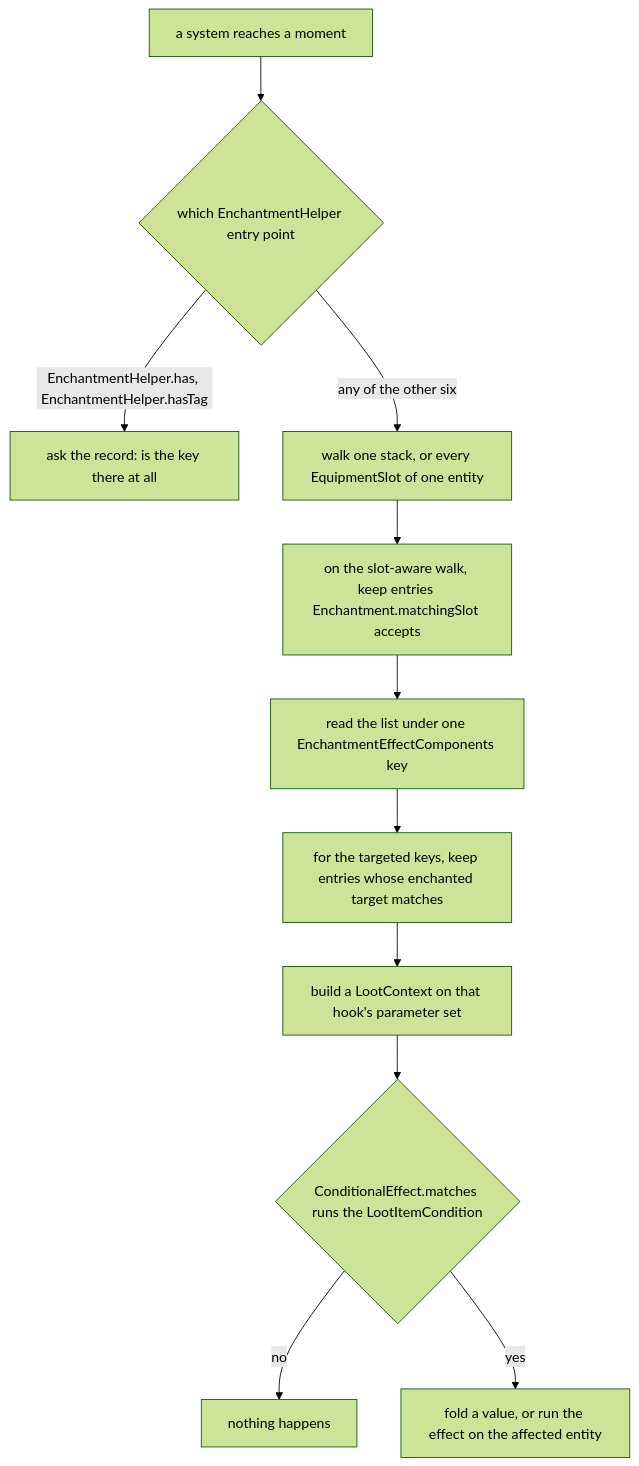
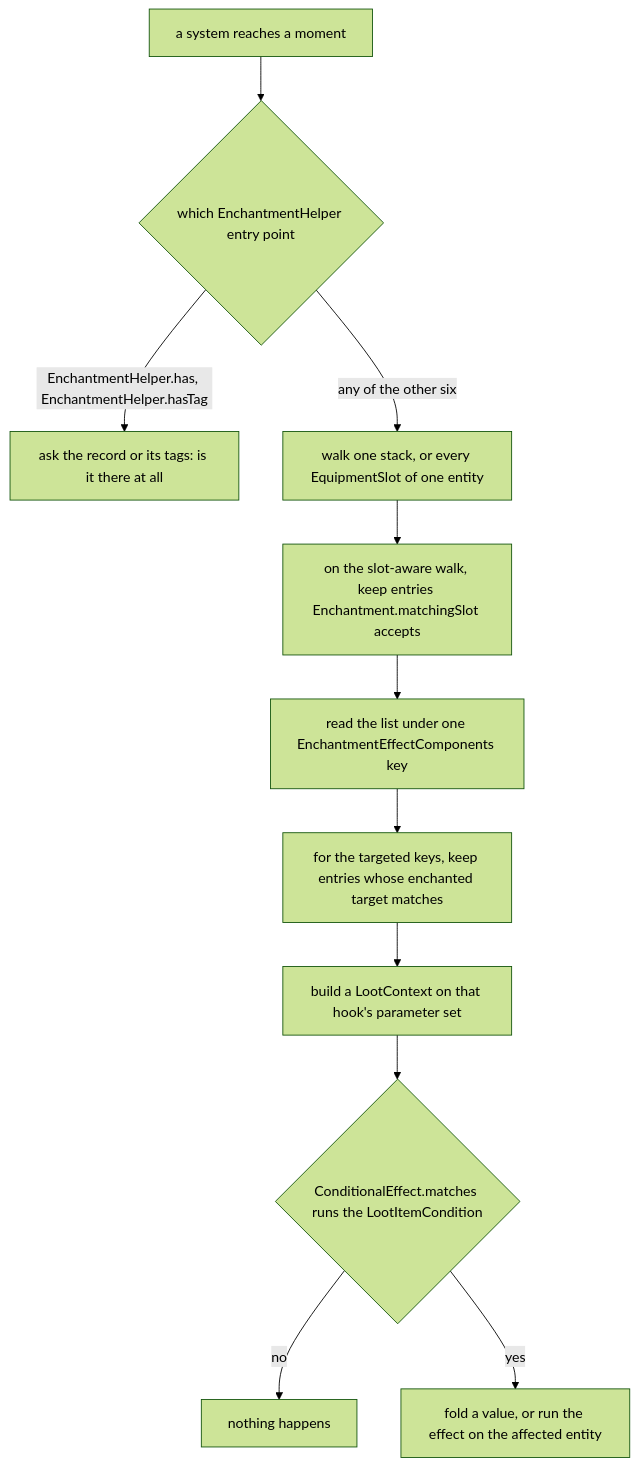
The first of 2 diagrams in src/systems/items/enchantments.md (AlexanderjFraser/MinecraftDocs), drawn with Mermaid (forest theme) before and after one commit. The commit also changed other lines of this file and 17 other files, not shown here.

````diff
--- a/src/systems/items/enchantments.md
+++ b/src/systems/items/enchantments.md
@@ -153,13 +152,13 @@
 ```mermaid
 flowchart TD
     Caller["a system reaches a moment"] --> EH{"which EnchantmentHelper entry point"}
-    EH -- "EnchantmentHelper.has, EnchantmentHelper.hasTag" --> Flag["ask the record: is the key there at all"]
+    EH -- "EnchantmentHelper.has, EnchantmentHelper.hasTag" --> Flag["ask the record or its tags: is it there at all"]
     EH -- "any of the other six" --> Walk["walk one stack, or every EquipmentSlot of one entity"]
     Walk --> Slot["on the slot-aware walk, keep entries Enchantment.matchingSlot accepts"]
     Slot --> Comp["read the list under one EnchantmentEffectComponents key"]
     Comp --> Target["for the targeted keys, keep entries whose enchanted target matches"]
     Target --> Ctx["build a LootContext on that hook's parameter set"]
     Ctx --> Cond{"ConditionalEffect.matches runs the LootItemCondition"}
     Cond -- "no" --> Drop["nothing happens"]
     Cond -- "yes" --> Apply["fold a value, or run the effect on the affected entity"]
 ```
````
